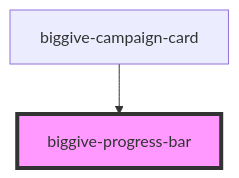
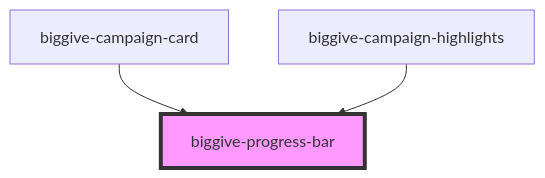
One commit to thebiggive/donate-frontend changed the diagram in src/components/biggive-progress-bar/readme.md. Above: the diagram before and after it, drawn with Mermaid. The commit also changed other lines of this file and 133 other files, not shown here.

````diff
--- a/src/components/biggive-progress-bar/readme.md
+++ b/src/components/biggive-progress-bar/readme.md
@@ -23,5 +25,6 @@
 ```mermaid
 graph TD;
   biggive-campaign-card --> biggive-progress-bar
+  biggive-campaign-highlights --> biggive-progress-bar
   style biggive-progress-bar fill:#f9f,stroke:#333,stroke-width:4px
 ```
````
